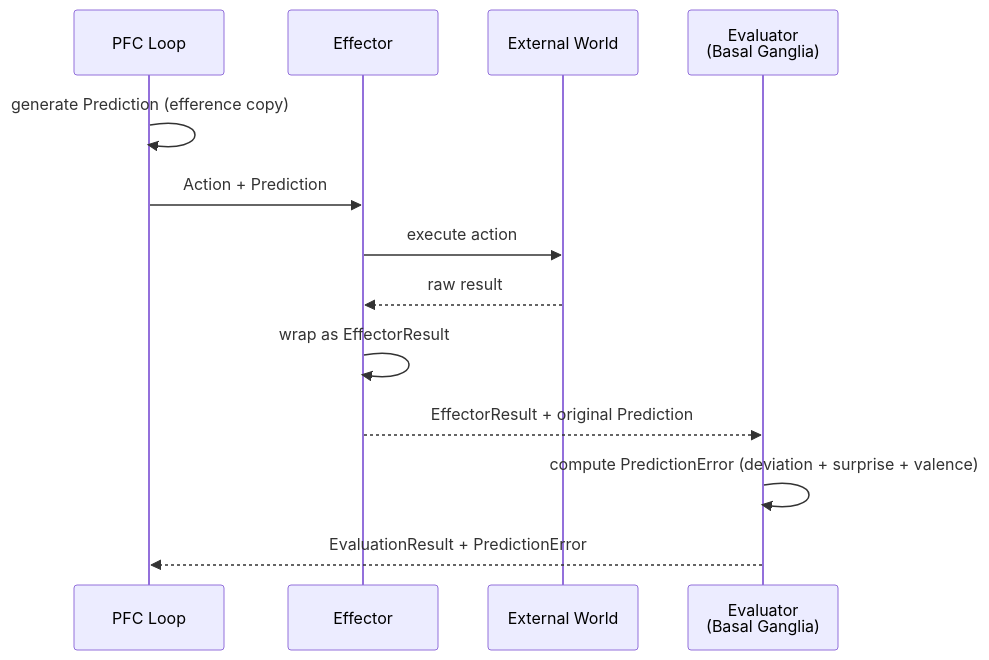
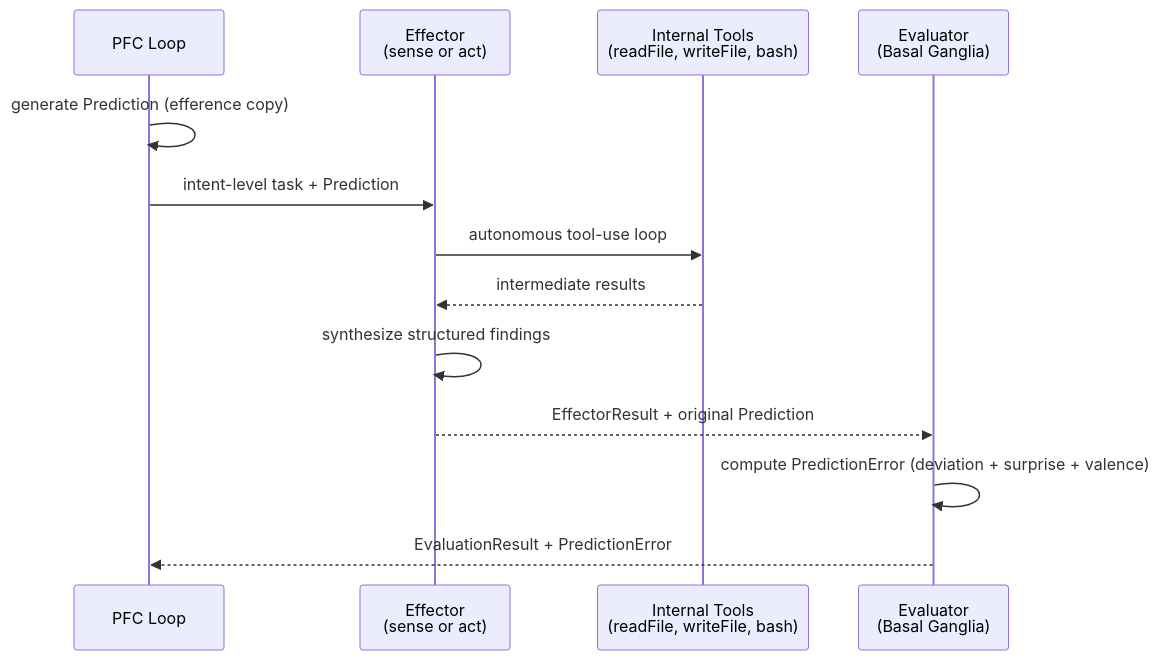
The tenth of 14 diagrams in architecture.md (michan85/brain), drawn with Mermaid before and after one commit. The commit also changed other lines of this file and 296 other files, not shown here.

````diff
--- a/architecture.md
+++ b/architecture.md
@@ -766,16 +822,16 @@
 ```mermaid
 sequenceDiagram
     participant PFC as PFC Loop
-    participant E as Effector
-    participant Ext as External World
+    participant E as Effector<br/>(sense or act)
+    participant Tools as Internal Tools<br/>(readFile, writeFile, bash)
     participant Eval as Evaluator<br/>(Basal Ganglia)
 
     PFC->>PFC: generate Prediction (efference copy)
-    PFC->>E: Action + Prediction
-    E->>Ext: execute action
-    Ext-->>E: raw result
-    E->>E: wrap as EffectorResult
+    PFC->>E: intent-level task + Prediction
+    E->>Tools: autonomous tool-use loop
+    Tools-->>E: intermediate results
+    E->>E: synthesize structured findings
     E-->>Eval: EffectorResult + original Prediction
     Eval->>Eval: compute PredictionError (deviation + surprise + valence)
     Eval-->>PFC: EvaluationResult + PredictionError
 ```
````
